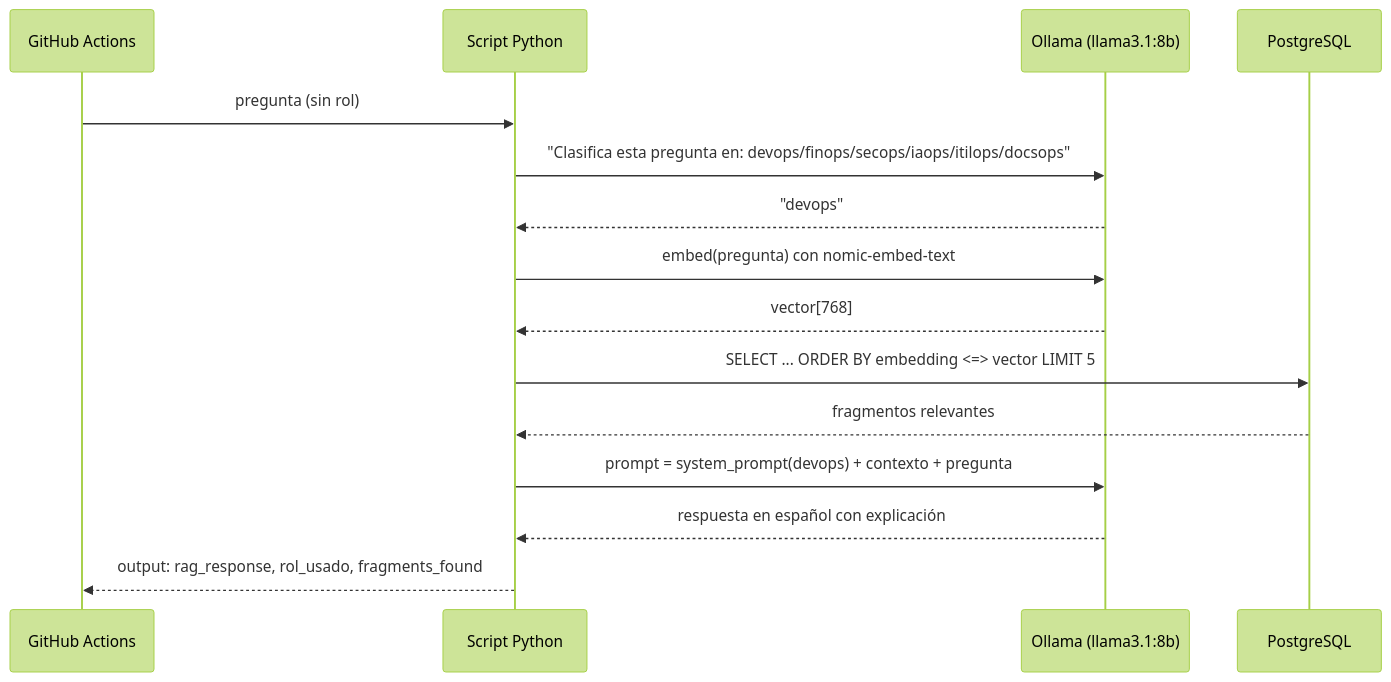
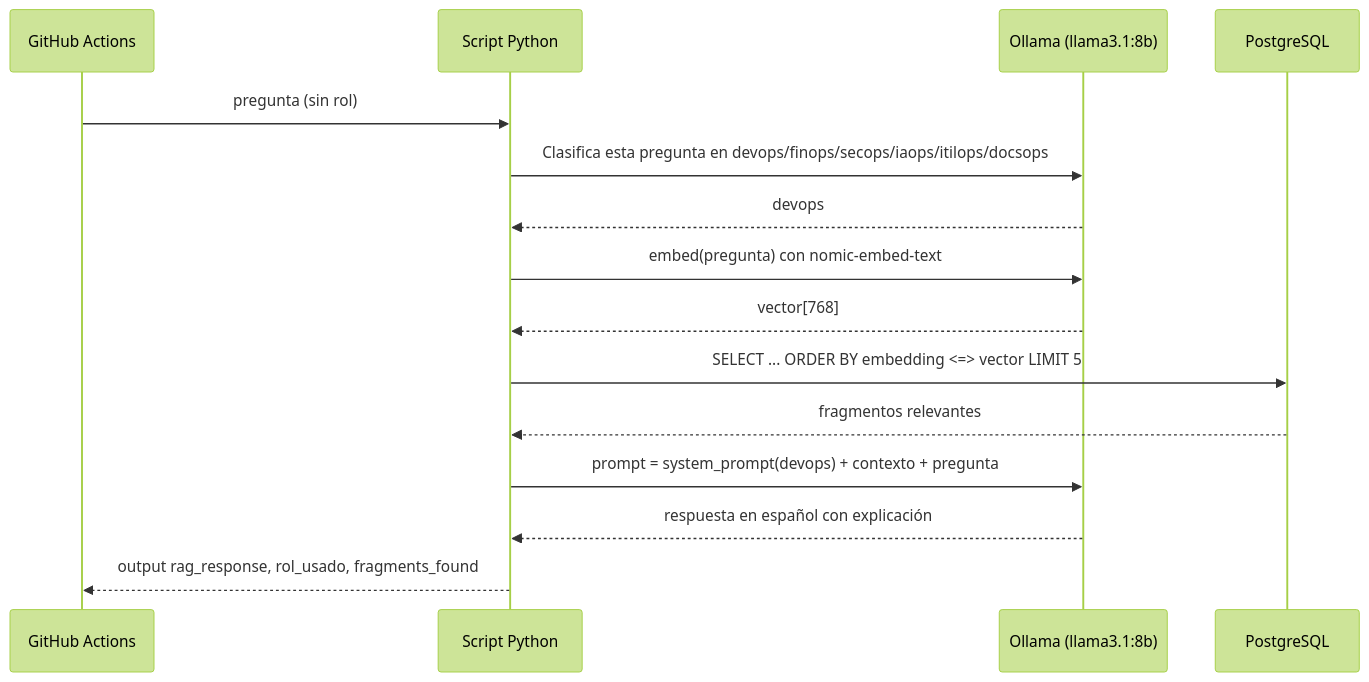
The fifth of 7 diagrams in core/docs/ka0s_agent_ai/07_query_flow.md (Ka0s-Klaus/ka0s), drawn with Mermaid (forest theme) before and after one commit. The commit also changed other lines of this file and 2 other files, not shown here.

Commit message:
docs: fix mermaid syntax errors in agent ai documentation

````diff
--- a/core/docs/ka0s_agent_ai/07_query_flow.md
+++ b/core/docs/ka0s_agent_ai/07_query_flow.md
@@ -164,18 +164,18 @@
 ```mermaid
 sequenceDiagram
     participant GHA as GitHub Actions
     participant PY  as Script Python
     participant OLL as Ollama (llama3.1:8b)
     participant PG  as PostgreSQL
 
     GHA->>PY: pregunta (sin rol)
-    PY->>OLL: "Clasifica esta pregunta en: devops/finops/secops/iaops/itilops/docsops"
-    OLL-->>PY: "devops"
+    PY->>OLL: Clasifica esta pregunta en devops/finops/secops/iaops/itilops/docsops
+    OLL-->>PY: devops
     PY->>OLL: embed(pregunta) con nomic-embed-text
     OLL-->>PY: vector[768]
     PY->>PG: SELECT ... ORDER BY embedding <=> vector LIMIT 5
     PG-->>PY: fragmentos relevantes
     PY->>OLL: prompt = system_prompt(devops) + contexto + pregunta
     OLL-->>PY: respuesta en español con explicación
-    PY-->>GHA: output: rag_response, rol_usado, fragments_found
+    PY-->>GHA: output rag_response, rol_usado, fragments_found
 ```
````
